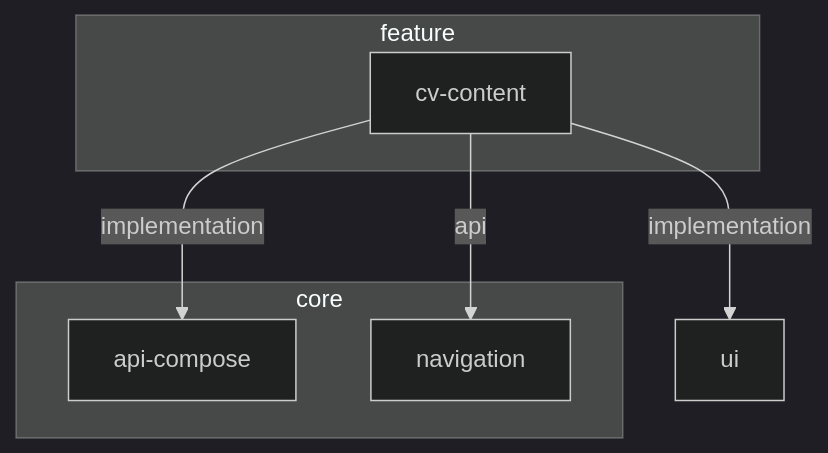
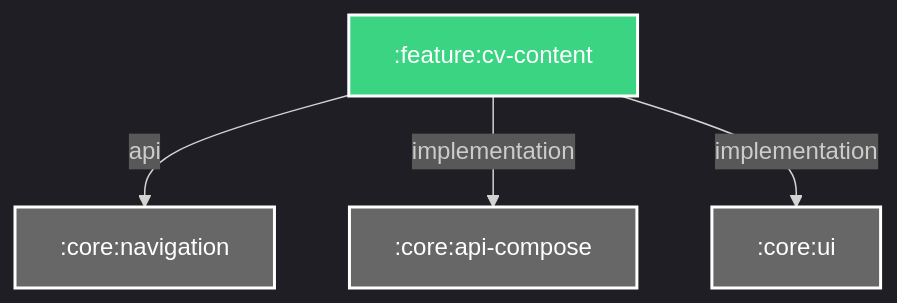
One commit to Dussim/cv-app changed the diagram in feature/cv-content/README.md. Above: the diagram before and after it, drawn with Mermaid. The commit also changed 34 other files, not shown here.

````diff
--- a/feature/cv-content/README.md
+++ b/feature/cv-content/README.md
@@ -3,19 +3,20 @@
 ```mermaid
 %%{
   init: {
     'theme': 'dark'
   }
 }%%
 
 graph TB
-  subgraph core
-    api-compose
-    navigation
-  end
-  subgraph feature
-    cv-content
-  end
-  cv-content -- api --> navigation
-  cv-content -- implementation --> api-compose
-  cv-content -- implementation --> ui
+  :feature:cv-content -- api --> :core:navigation
+  :feature:cv-content -- implementation --> :core:api-compose
+  :feature:cv-content -- implementation --> :core:ui
+
+classDef android-library fill:#3BD482,stroke:#fff,stroke-width:2px,color:#fff;
+classDef unknown fill:#676767,stroke:#fff,stroke-width:2px,color:#fff;
+class :feature:cv-content android-library
+class :core:navigation unknown
+class :core:api-compose unknown
+class :core:ui unknown
+
 ```
````
